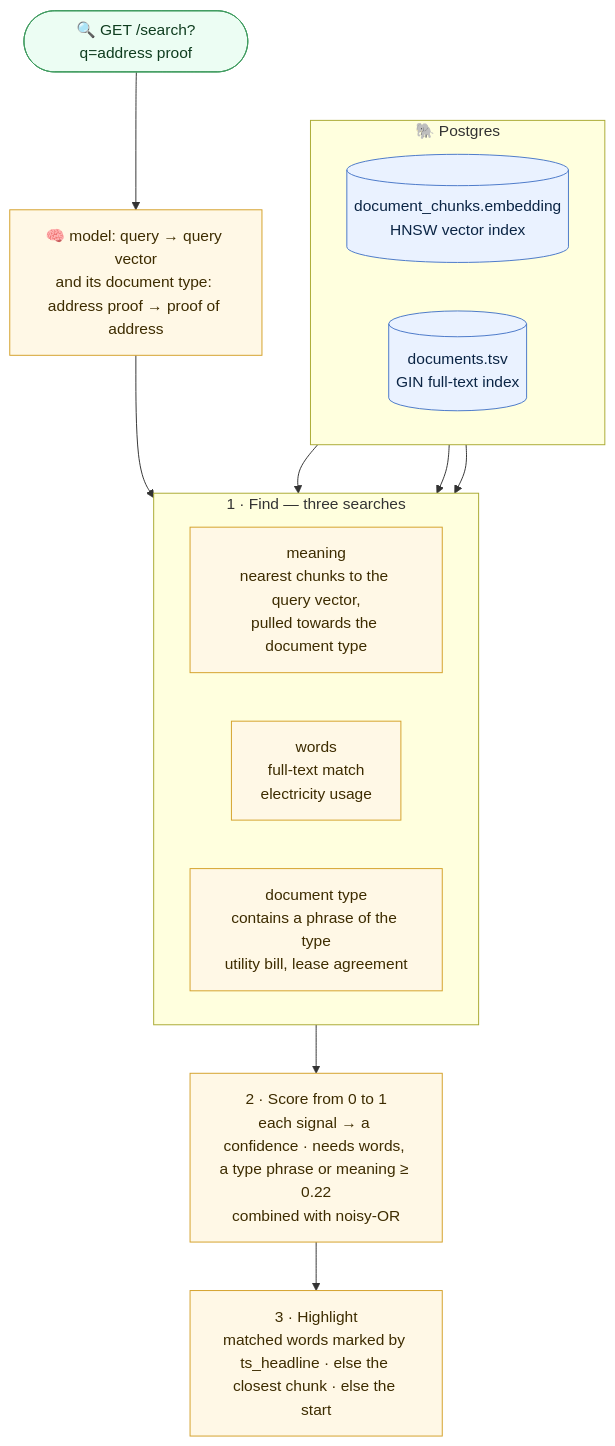
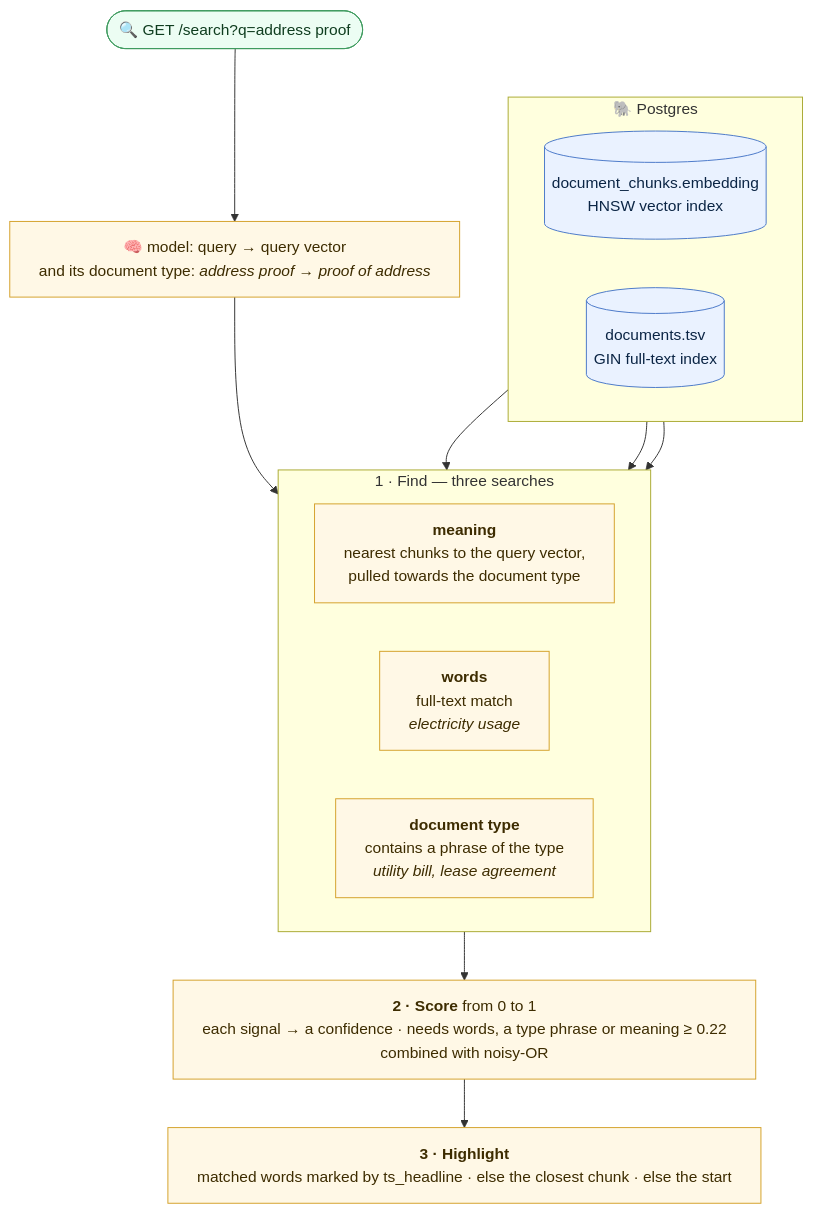
The third of 3 diagrams in README.md (refined/neviswealth), drawn with Mermaid before and after one commit. The commit also changed other lines of this file, not shown here.

First line of the commit message:
Widen Mermaid label wrapping so GitHub does not clip diagram text

````diff
--- a/README.md
+++ b/README.md
@@ -195,34 +195,34 @@
 ```mermaid
-%%{init: {"flowchart": {"htmlLabels": false}}}%%
+%%{init: {"flowchart": {"wrappingWidth": 1000}}}%%
 flowchart TB
     input(["🔍 GET /search?q=address proof"])
-    query["🧠 model: query → query vector<br/>and its document type: address proof → proof of address"]
+    query["🧠 model: query → query vector<br/>and its document type: <i>address proof → proof of address</i>"]
 
     subgraph indexes["🐘 Postgres"]
         direction LR
         vectors[("document_chunks.embedding<br/>HNSW vector index")]
         tsv[("documents.tsv<br/>GIN full-text index")]
     end
 
     subgraph find["1 · Find — three searches"]
         direction LR
-        meaning["meaning<br/>nearest chunks to the query vector,<br/>pulled towards the document type"]
-        words["words<br/>full-text match<br/>electricity usage"]
-        type["document type<br/>contains a phrase of the type<br/>utility bill, lease agreement"]
+        meaning["<b>meaning</b><br/>nearest chunks to the query vector,<br/>pulled towards the document type"]
+        words["<b>words</b><br/>full-text match<br/><i>electricity usage</i>"]
+        type["<b>document type</b><br/>contains a phrase of the type<br/><i>utility bill, lease agreement</i>"]
     end
 
-    score["2 · Score from 0 to 1<br/>each signal → a confidence · needs words, a type phrase or meaning ≥ 0.22<br/>combined with noisy-OR"]
-    highlight["3 · Highlight<br/>matched words marked by ts_headline · else the closest chunk · else the start"]
+    score["<b>2 · Score</b> from 0 to 1<br/>each signal → a confidence · needs words, a type phrase or meaning ≥ 0.22<br/>combined with noisy-OR"]
+    highlight["<b>3 · Highlight</b><br/>matched words marked by ts_headline · else the closest chunk · else the start"]
 
     input --> query --> find
     tsv --> words & type
     vectors --> meaning
     find --> score --> highlight
 
     classDef io fill:#ecfdf3,stroke:#3f9b5f,color:#0f3d1f
     classDef step fill:#fff8e6,stroke:#d4a12a,color:#3d2c00
     classDef store fill:#eaf2ff,stroke:#4a78c9,color:#0b2545
     class input io
     class query,words,meaning,type,score,highlight step
     class tsv,vectors store
 ```
````
